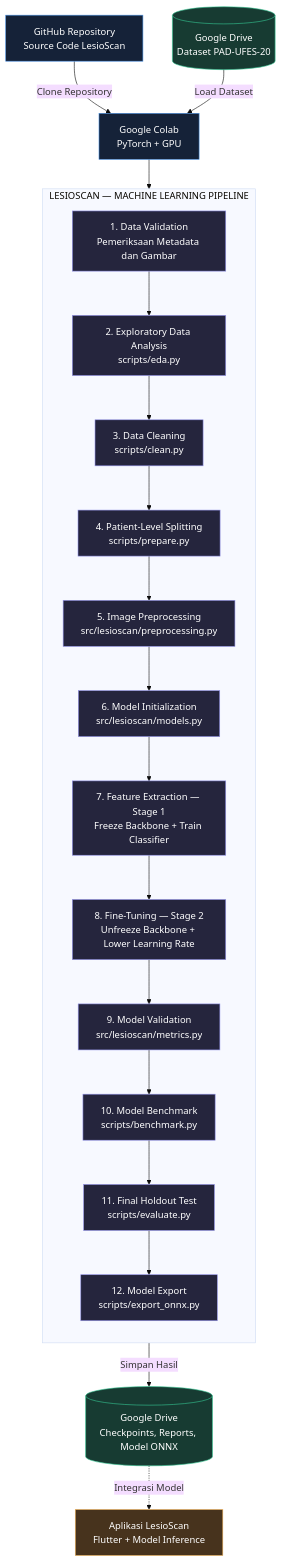
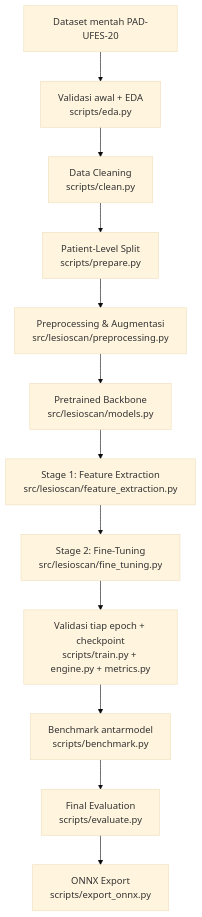
One commit to Liex2810/lesioscan-ml changed the third of 3 diagrams in README.md. Above: the diagram before and after it, drawn with Mermaid (base theme). The commit also changed other lines of this file, not shown here.

````diff
--- a/README.md
+++ b/README.md
@@ -10,58 +67,14 @@
 ```mermaid
 flowchart TD
-    A["GitHub Repository<br/>Source Code LesioScan"]
-    B[("Google Drive<br/>Dataset PAD-UFES-20")]
-    C["Google Colab<br/>PyTorch + GPU"]
-
-    A -->|"Clone Repository"| C
-    B -->|"Load Dataset"| C
-
-    subgraph PIPELINE["LESIOSCAN — MACHINE LEARNING PIPELINE"]
-        direction TB
-
-        D["1. Data Validation<br/>Pemeriksaan Metadata dan Gambar"]
-        E["2. Exploratory Data Analysis<br/>scripts/eda.py"]
-        F["3. Data Cleaning<br/>scripts/clean.py"]
-        G["4. Patient-Level Splitting<br/>scripts/prepare.py"]
-        H["5. Image Preprocessing<br/>src/lesioscan/preprocessing.py"]
-        I["6. Model Initialization<br/>src/lesioscan/models.py"]
-
-        J["7. Feature Extraction — Stage 1<br/>Freeze Backbone + Train Classifier"]
-        K["8. Fine-Tuning — Stage 2<br/>Unfreeze Backbone + Lower Learning Rate"]
-
-        L["9. Model Validation<br/>src/lesioscan/metrics.py"]
-        M["10. Model Benchmark<br/>scripts/benchmark.py"]
-        N["11. Final Holdout Test<br/>scripts/evaluate.py"]
-        O["12. Model Export<br/>scripts/export_onnx.py"]
-
-        D --> E
-        E --> F
-        F --> G
-        G --> H
-        H --> I
-        I --> J
-        J --> K
-        K --> L
-        L --> M
-        M --> N
-        N --> O
-    end
-
-    C --> D
-
-    P[("Google Drive<br/>Checkpoints, Reports, Model ONNX")]
-    Q["Aplikasi LesioScan<br/>Flutter + Model Inference"]
-
-    O -->|"Simpan Hasil"| P
-    P -.->|"Integrasi Model"| Q
-
-    classDef platform fill:#152238,stroke:#4A90E2,color:#FFFFFF
-    classDef data fill:#173B32,stroke:#36C995,color:#FFFFFF
-    classDef process fill:#25253D,stroke:#9292E8,color:#FFFFFF
-    classDef output fill:#47331D,stroke:#F0B35A,color:#FFFFFF
-
-    class A,C platform
-    class B,P data
-    class D,E,F,G,H,I,J,K,L,M,N,O process
-    class Q output
+  A["Dataset mentah PAD-UFES-20"] --> B["Validasi awal + EDA<br/>scripts/eda.py"]
+  B --> C["Data Cleaning<br/>scripts/clean.py"]
+  C --> D["Patient-Level Split<br/>scripts/prepare.py"]
+  D --> E["Preprocessing & Augmentasi<br/>src/lesioscan/preprocessing.py"]
+  E --> F["Pretrained Backbone<br/>src/lesioscan/models.py"]
+  F --> G["Stage 1: Feature Extraction<br/>src/lesioscan/feature_extraction.py"]
+  G --> H["Stage 2: Fine-Tuning<br/>src/lesioscan/fine_tuning.py"]
+  H --> I["Validasi tiap epoch + checkpoint<br/>scripts/train.py + engine.py + metrics.py"]
+  I --> J["Benchmark antarmodel<br/>scripts/benchmark.py"]
+  J --> K["Final Evaluation<br/>scripts/evaluate.py"]
+  K --> L["ONNX Export<br/>scripts/export_onnx.py"]
 ```
````
